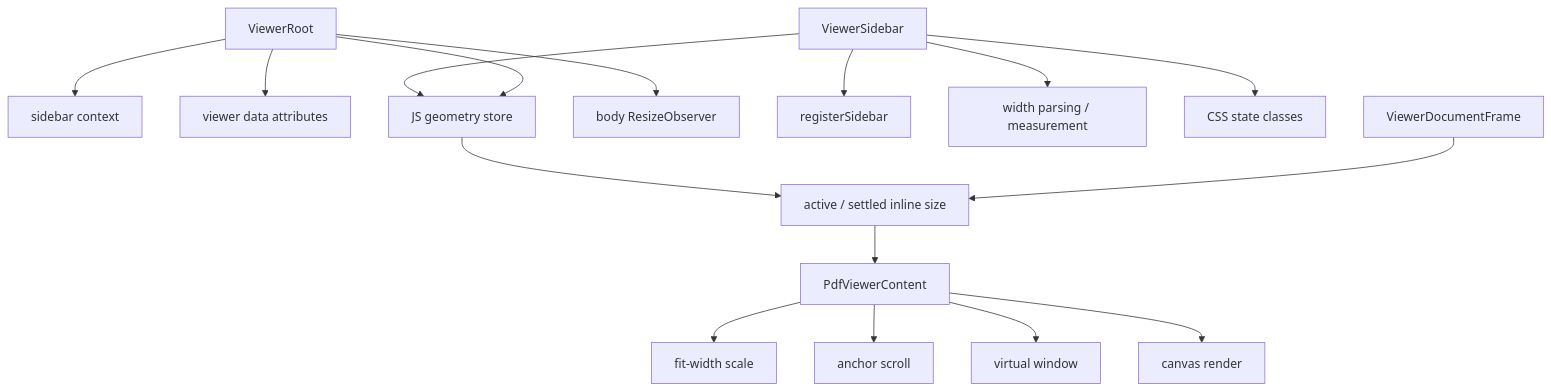
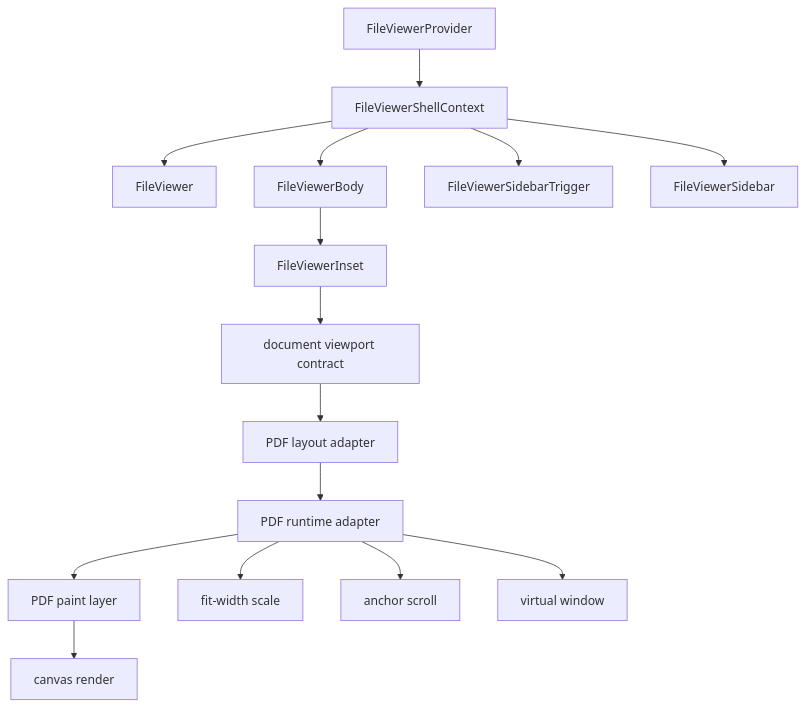
One commit to retab-dev/retab-ui changed the sixth of 27 diagrams in design/universal-file-viewer-greenfield-blueprint.md. Above: the diagram before and after it, drawn with Mermaid. The commit also changed other lines of this file and 209 other files, not shown here.

````diff
--- a/design/universal-file-viewer-greenfield-blueprint.md
+++ b/design/universal-file-viewer-greenfield-blueprint.md
@@ -164,20 +165,18 @@
 ```mermaid
 flowchart TD
-  Root["ViewerRoot"] --> Context["sidebar context"]
-  Root --> Attrs["viewer data attributes"]
-  Root --> GeometryStore["JS geometry store"]
-  Root --> ResizeBody["body ResizeObserver"]
+  Provider["FileViewerProvider"] --> Shell["FileViewerShellContext"]
+  Shell --> Root["FileViewer"]
+  Shell --> Body["FileViewerBody"]
+  Shell --> Trigger["FileViewerSidebarTrigger"]
+  Shell --> Sidebar["FileViewerSidebar"]
 
-  Sidebar["ViewerSidebar"] --> Registration["registerSidebar"]
-  Sidebar --> WidthParse["width parsing / measurement"]
-  Sidebar --> GeometryStore
-  Sidebar --> CssState["CSS state classes"]
-
-  Surface["ViewerDocumentFrame"] --> FrameLayout["active / settled inline size"]
-  GeometryStore --> FrameLayout
-  FrameLayout --> Pdf["PdfViewerContent"]
-  Pdf --> Scale["fit-width scale"]
-  Pdf --> Scroll["anchor scroll"]
-  Pdf --> Window["virtual window"]
-  Pdf --> Render["canvas render"]
+  Body --> Inset["FileViewerInset"]
+  Inset --> Contract["document viewport contract"]
+  Contract --> PdfLayout["PDF layout adapter"]
+  PdfLayout --> PdfRuntime["PDF runtime adapter"]
+  PdfRuntime --> PdfPaint["PDF paint layer"]
+  PdfRuntime --> Scale["fit-width scale"]
+  PdfRuntime --> Scroll["anchor scroll"]
+  PdfRuntime --> Window["virtual window"]
+  PdfPaint --> Render["canvas render"]
 ```
````
